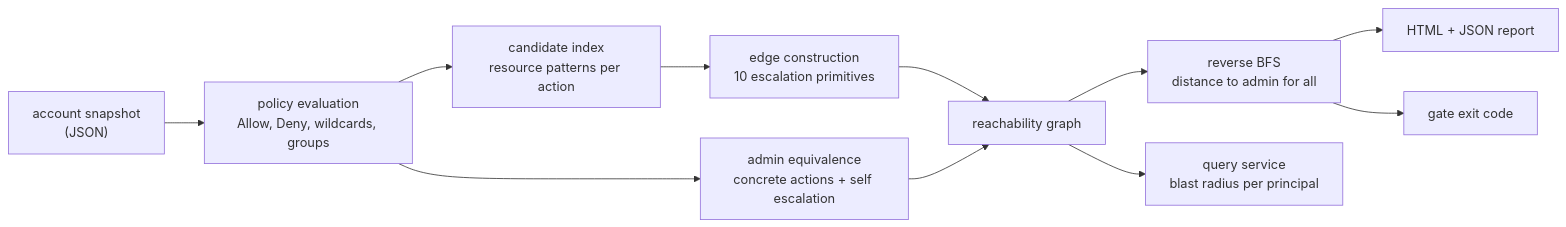
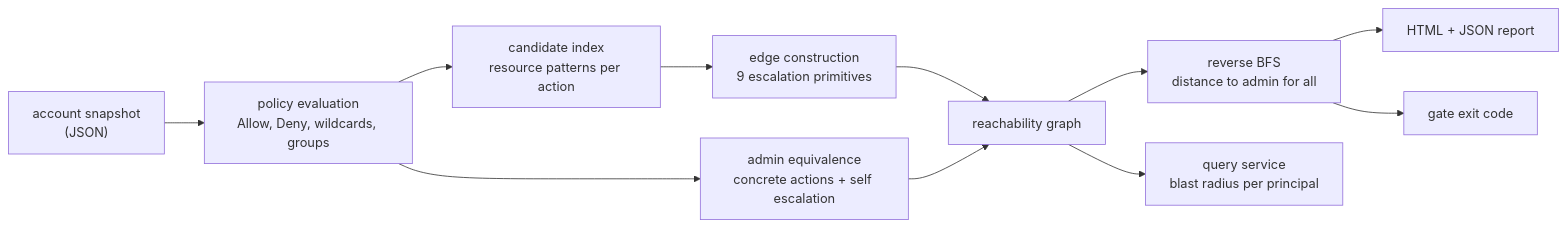
One commit to nilay-dave/iam-blast-radius changed the diagram in README.md. Above: the diagram before and after it, drawn with Mermaid. The commit also changed other lines of this file and 4 other files, not shown here.

````diff
--- a/README.md
+++ b/README.md
@@ -69,13 +69,13 @@
 ```mermaid
 flowchart LR
   A["account snapshot<br/>(JSON)"] --> B["policy evaluation<br/>Allow, Deny, wildcards, groups"]
   B --> C["candidate index<br/>resource patterns per action"]
-  C --> D["edge construction<br/>10 escalation primitives"]
+  C --> D["edge construction<br/>9 escalation primitives"]
   B --> E["admin equivalence<br/>concrete actions + self escalation"]
   D --> F["reachability graph"]
   E --> F
   F --> G["reverse BFS<br/>distance to admin for all"]
   G --> H["HTML + JSON report"]
   G --> I["gate exit code"]
   F --> J["query service<br/>blast radius per principal"]
 ```
````
